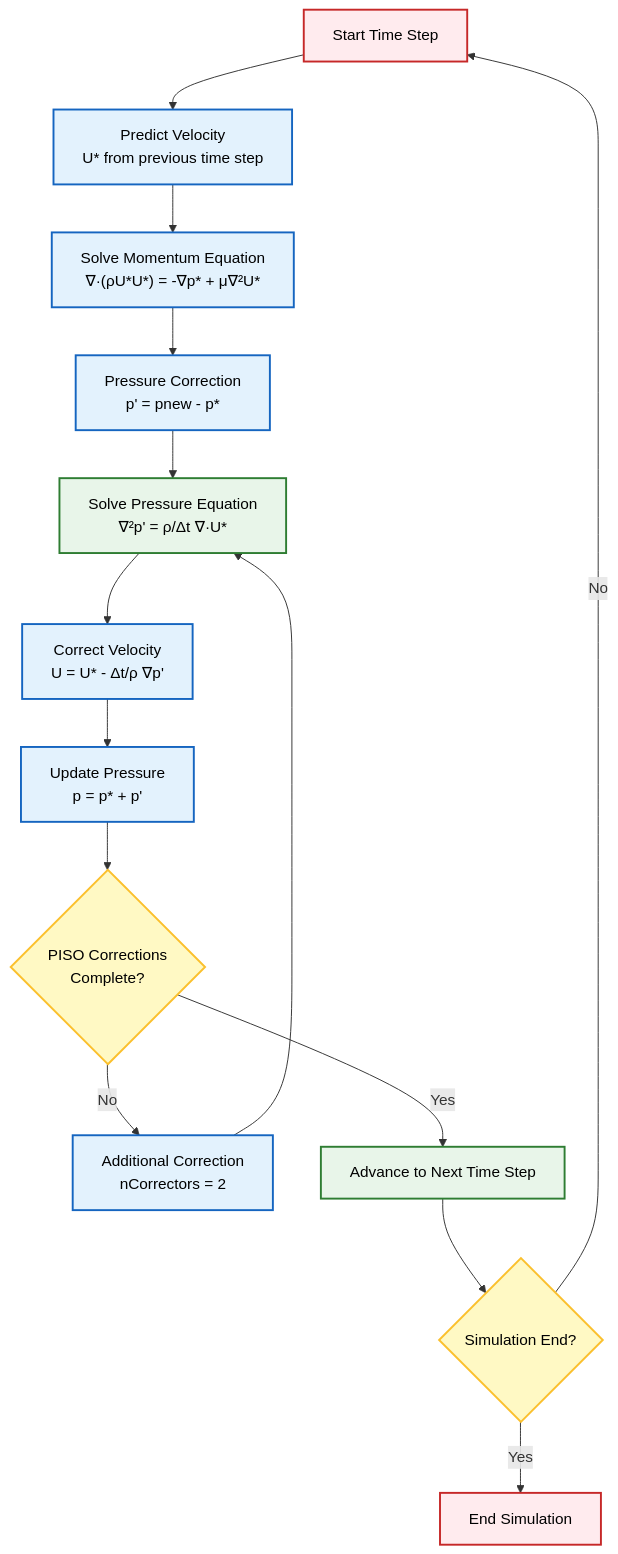
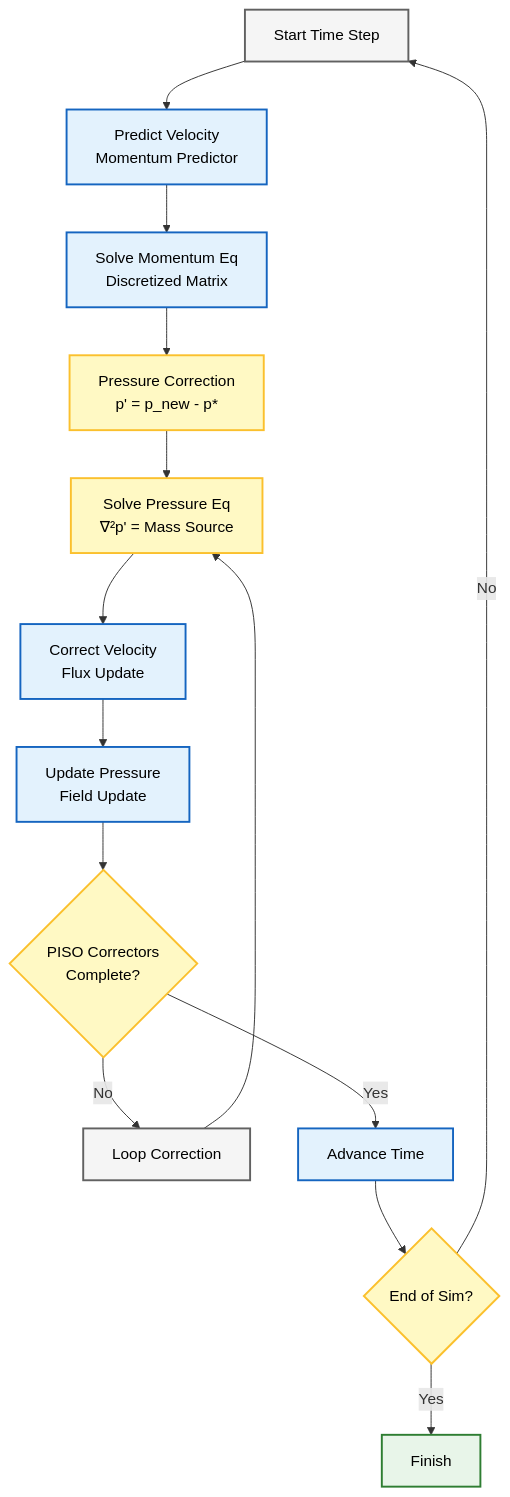
One commit to wramet/build-my-cfd changed the third of 4 diagrams in MODULE_01_CFD_FUNDAMENTALS/CONTENT/04_FIRST_SIMULATION/02_The_Workflow.md. Above: the diagram before and after it, drawn with Mermaid. The commit also changed other lines of this file and 313 other files, not shown here.

Commit message:
Revise all diagram

````diff
--- a/MODULE_01_CFD_FUNDAMENTALS/CONTENT/04_FIRST_SIMULATION/02_The_Workflow.md
+++ b/MODULE_01_CFD_FUNDAMENTALS/CONTENT/04_FIRST_SIMULATION/02_The_Workflow.md
@@ -616,26 +626,21 @@
 ```mermaid
-graph TD
-    A["Start Time Step"] --> B["Predict Velocity<br/>U* from previous time step"]
-    B --> C["Solve Momentum Equation<br/>∇·(ρU*U*) = -∇p* + μ∇²U*"]
-    C --> D["Pressure Correction<br/>p' = pnew - p*"]
-    D --> E["Solve Pressure Equation<br/>∇²p' = ρ/Δt ∇·U*"]
-    E --> F["Correct Velocity<br/>U = U* - Δt/ρ ∇p'"]
-    F --> G["Update Pressure<br/>p = p* + p'"]
-    G --> H{"PISO Corrections<br/>Complete?"}
-    H -->|No| I["Additional Correction<br/>nCorrectors = 2"]
+flowchart TD
+    A["Start Time Step"]:::context --> B["Predict Velocity<br/>Momentum Predictor"]:::implicit
+    B --> C["Solve Momentum Eq<br/>Discretized Matrix"]:::implicit
+    C --> D["Pressure Correction<br/>p' = p_new - p*"]:::explicit
+    D --> E["Solve Pressure Eq<br/>∇²p' = Mass Source"]:::explicit
+    E --> F["Correct Velocity<br/>Flux Update"]:::implicit
+    F --> G["Update Pressure<br/>Field Update"]:::implicit
+    G --> H{"PISO Correctors<br/>Complete?"}:::explicit
+    H -->|No| I["Loop Correction"]:::context
     I --> E
-    H -->|Yes| J["Advance to Next Time Step"]
-    J --> K{"Simulation End?"}
+    H -->|Yes| J["Advance Time"]:::implicit
+    J --> K{"End of Sim?"}:::explicit
     K -->|No| A
-    K -->|Yes| L["End Simulation"]
-
-    classDef process fill:#e3f2fd,stroke:#1565c0,stroke-width:2px,color:#000;
-    classDef decision fill:#fff9c4,stroke:#fbc02d,stroke-width:2px,color:#000;
-    classDef terminator fill:#ffebee,stroke:#c62828,stroke-width:2px,color:#000;
-    classDef storage fill:#e8f5e9,stroke:#2e7d32,stroke-width:2px,color:#000;
-
-    class A,L terminator;
-    class B,C,D,F,G,I process;
-    class E,J storage;
-    class H,K decision;
+    K -->|Yes| L["Finish"]:::success
+    
+    classDef context fill:#f5f5f5,stroke:#616161,stroke-width:2px,color:#000;
+    classDef implicit fill:#e3f2fd,stroke:#1565c0,stroke-width:2px,color:#000;
+    classDef explicit fill:#fff9c4,stroke:#fbc02d,stroke-width:2px,color:#000;
+    classDef success fill:#e8f5e9,stroke:#2e7d32,stroke-width:2px,color:#000;
 ```
````
